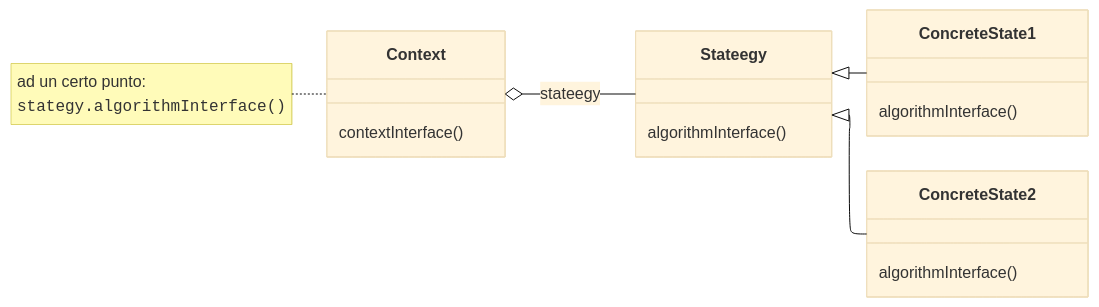
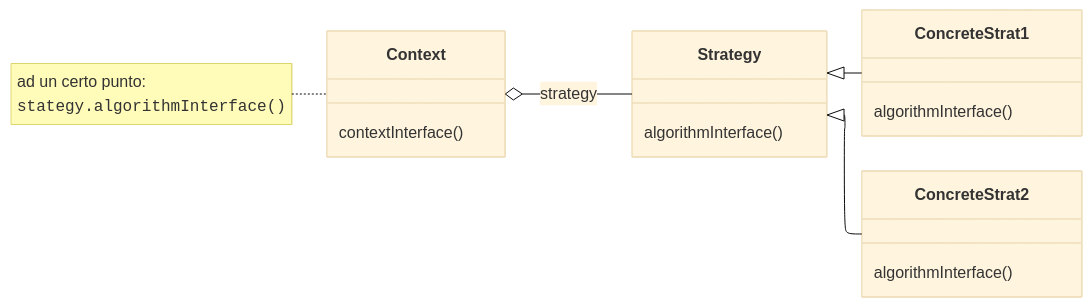
One commit to Firi0n/appunti-software-engineering changed the third of 10 diagrams in docs/design-patterns.md. Above: the diagram before and after it, drawn with Mermaid. The commit also changed other lines of this file, not shown here.

````diff
--- a/docs/design-patterns.md
+++ b/docs/design-patterns.md
@@ -82,32 +82,32 @@
 ```mermaid
 ---
 config:
     layout: elk
     theme: "base"
     themeVariables:
         noteBkgColor: "#fff45669"
     elk: {
-        considerModelOrder: "PREFER_EDGES",
+        considerModelOrder: "PREFER_NODES",
         forceNodeModelOrder: true
     }
 ---
 classDiagram
 direction LR
     class Context{
         contextInterface()
     }
     note for Context "ad un certo punto:<br><code>stategy.algorithmInterface()</code>"
-    class Stateegy{
+    class Strategy{
         algorithmInterface()
     }
-    Context o-- Stateegy:stateegy
-    class ConcreteState1{
+    Context o-- Strategy:strategy
+    class ConcreteStrat1{
         algorithmInterface()
     }
-    Stateegy <|-- ConcreteState1
-    class ConcreteState2{
+    Strategy <|-- ConcreteStrat1
+    class ConcreteStrat2{
         algorithmInterface()
     }
-    Stateegy <|-- ConcreteState2
+    Strategy <|-- ConcreteStrat2
 
 ```
````
